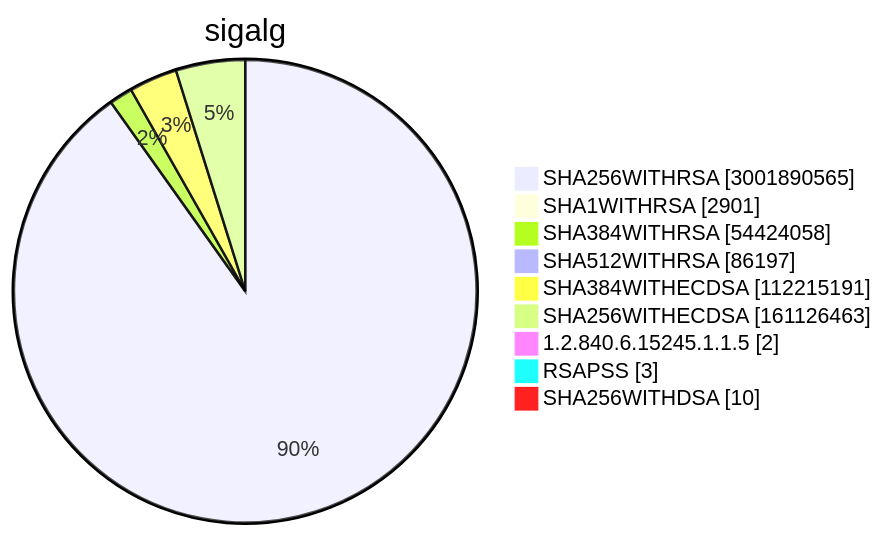
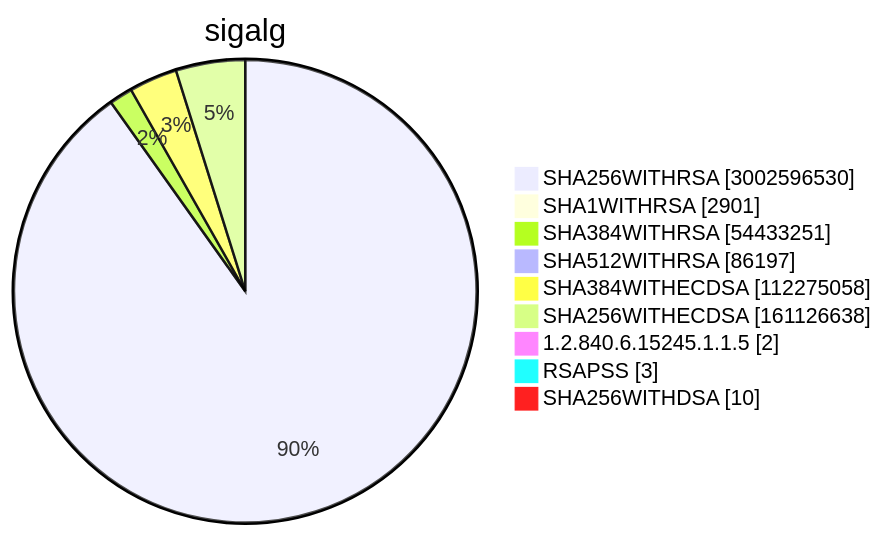
Diagram 15 of 15 in TOTAL/README.md (christiankrug/ctmonitor_visualization), drawn with Mermaid before and after one commit. The commit also changed other lines of this file, not shown here.

````diff
--- a/TOTAL/README.md
+++ b/TOTAL/README.md
@@ -6208,13 +6208,13 @@
 ```mermaid
 pie showData
 title sigalg
-"SHA256WITHRSA" :3001890565
+"SHA256WITHRSA" :3002596530
 "SHA1WITHRSA" :2901
-"SHA384WITHRSA" :54424058
+"SHA384WITHRSA" :54433251
 "SHA512WITHRSA" :86197
-"SHA384WITHECDSA" :112215191
-"SHA256WITHECDSA" :161126463
+"SHA384WITHECDSA" :112275058
+"SHA256WITHECDSA" :161126638
 "1.2.840.6.15245.1.1.5" :2
 "RSAPSS" :3
 "SHA256WITHDSA" :10
 ```
````
